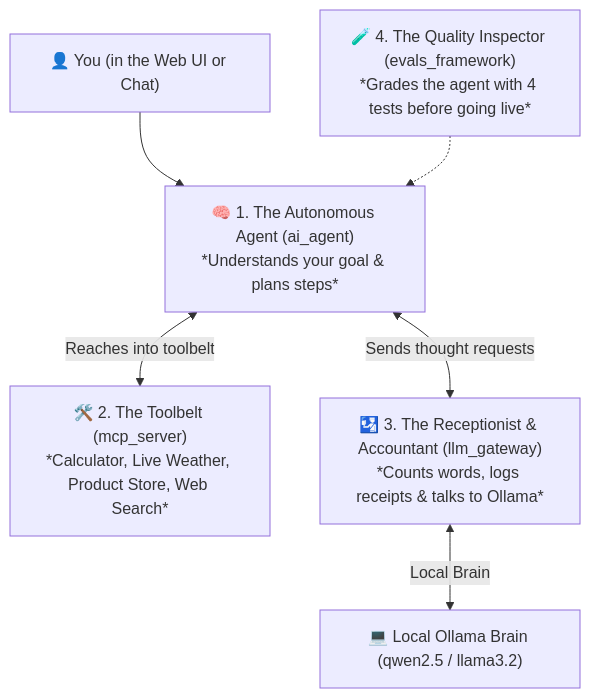
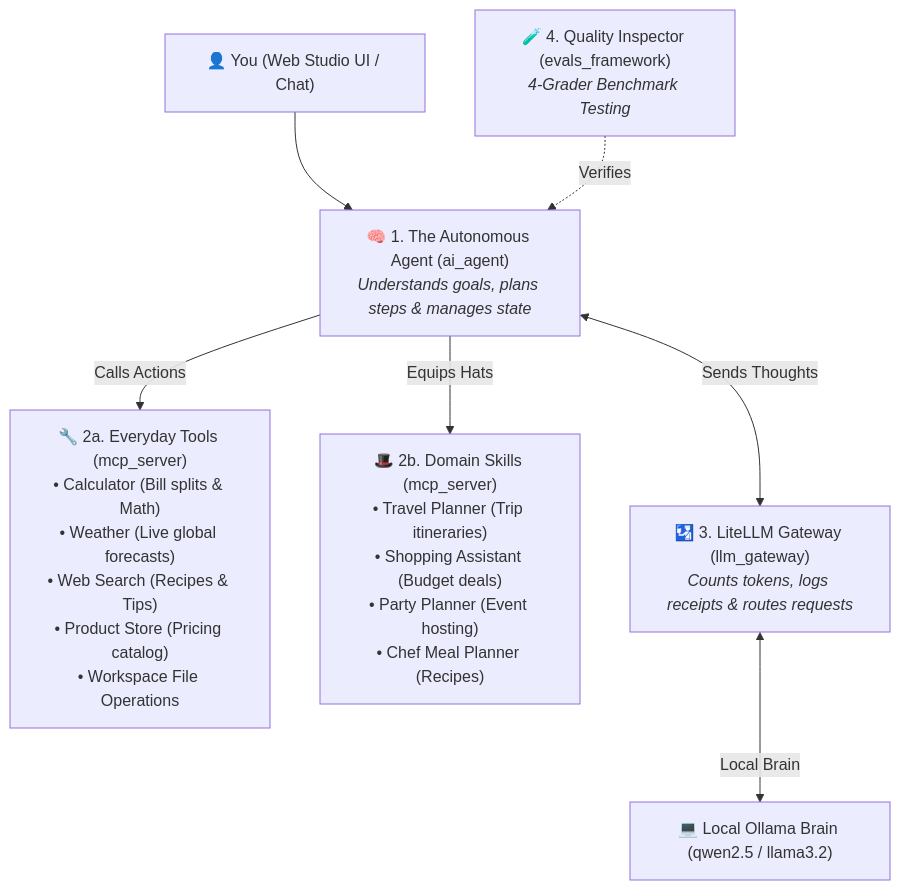
One commit to vdonthireddy/agentic-ai changed the first of 2 diagrams in laymans_guide.md. Above: the diagram before and after it, drawn with Mermaid. The commit also changed 18 other files, not shown here.

````diff
--- a/laymans_guide.md
+++ b/laymans_guide.md
@@ -10,12 +10,14 @@
 ```mermaid
 flowchart TD
-    User["👤 You (in the Web UI or Chat)"] --> Agent["🧠 1. The Autonomous Agent (ai_agent)<br/>*Understands your goal & plans steps*"]
+    User["👤 You (Web Studio UI / Chat)"] --> Agent["🧠 1. The Autonomous Agent (ai_agent)<br/><i>Understands goals, plans steps & manages state</i>"]
     
-    Agent <-->|"Reaches into toolbelt"| MCP["🛠️ 2. The Toolbelt (mcp_server)<br/>*Calculator, Live Weather, Product Store, Web Search*"]
+    Agent -->|"Calls Actions"| Tools["🔧 2a. Everyday Tools (mcp_server)<br/>• Calculator (Bill splits & Math)<br/>• Weather (Live global forecasts)<br/>• Web Search (Recipes & Tips)<br/>• Product Store (Pricing catalog)<br/>• Workspace File Operations"]
     
-    Agent <-->|"Sends thought requests"| Gateway["🛂 3. The Receptionist & Accountant (llm_gateway)<br/>*Counts words, logs receipts & talks to Ollama*"]
+    Agent -->|"Equips Hats"| Skills["🎩 2b. Domain Skills (mcp_server)<br/>• Travel Planner (Trip itineraries)<br/>• Shopping Assistant (Budget deals)<br/>• Party Planner (Event hosting)<br/>• Chef Meal Planner (Recipes)"]
+    
+    Agent <-->|"Sends Thoughts"| Gateway["🛂 3. LiteLLM Gateway (llm_gateway)<br/><i>Counts tokens, logs receipts & routes requests</i>"]
     
     Gateway <-->|"Local Brain"| LocalLLM["💻 Local Ollama Brain (qwen2.5 / llama3.2)"]
     
-    Evals["🧪 4. The Quality Inspector (evals_framework)<br/>*Grades the agent with 4 tests before going live*"] -.-> Agent
+    Evals["🧪 4. Quality Inspector (evals_framework)<br/><i>4-Grader Benchmark Testing</i>"] -.->|"Verifies"| Agent
 ```
````
